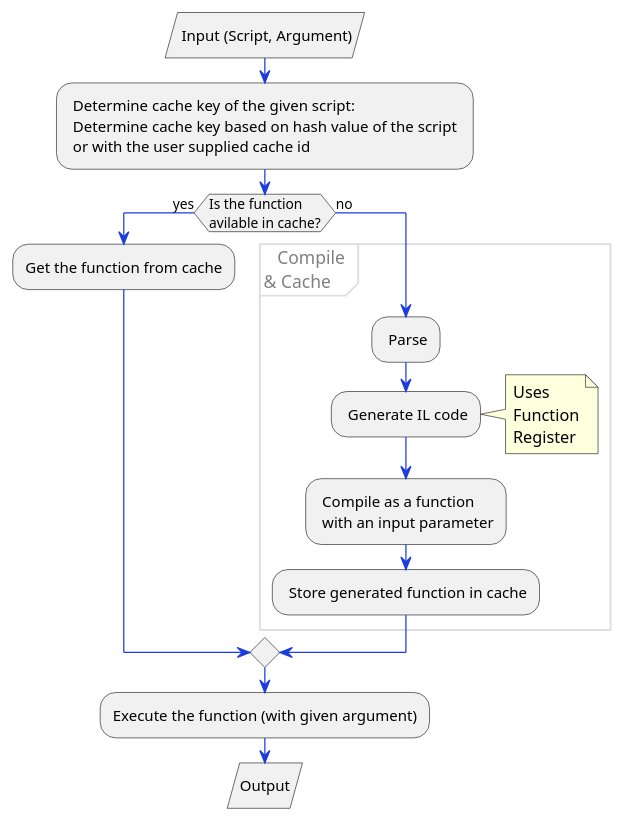
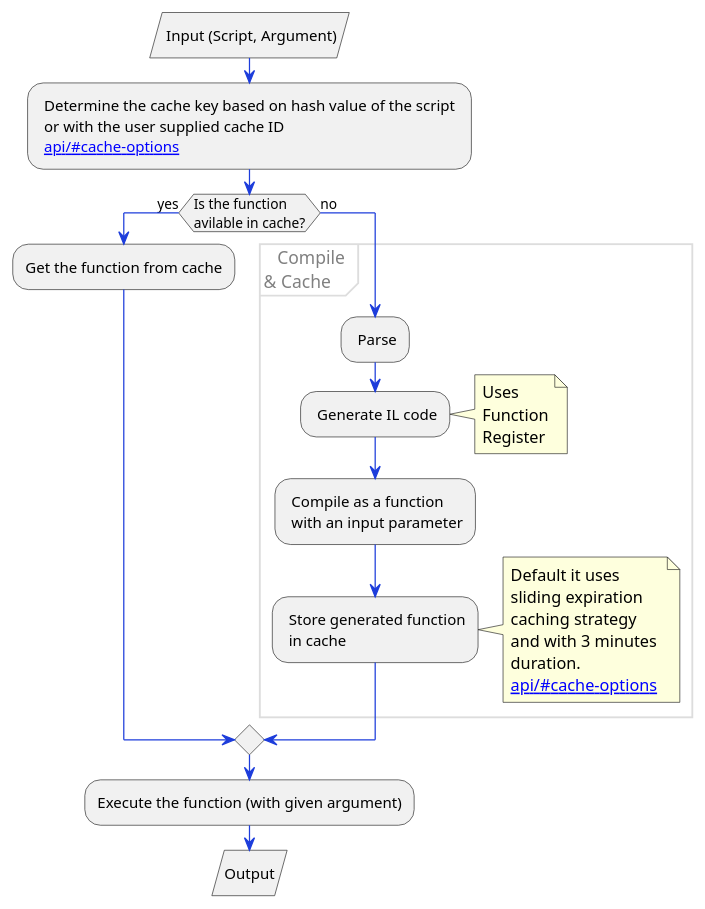
The diagram in HowSimpleflowWorks.puml (navtech-io/Simpleflow), drawn with PlantUML before and after one commit.

Commit message:
Update simpleflow diagram

```diff
--- a/HowSimpleflowWorks.puml
+++ b/HowSimpleflowWorks.puml
@@ -1,38 +1,46 @@
 @startuml HowSimpleflowWorks
 
 skinparam partition {
   BorderColor #dddddd
   BorderThickness 1
   FontColor grey
   RoundCorner 10
 }
 
 skinparam component {
   FontSize 15
   FontName Courier
   BorderColor black
   BackgroundColor white
   ArrowFontName Impact
   ArrowColor #1d3ddb
 }
 : Input (Script, Argument)/
-: Determine cache key of the given script: \n Determine cache key based on hash value of the script \n or with the user supplied cache id;
+: Determine the cache key based on hash value of the script \n or with the user supplied cache ID \n [[api/#cache-options]];
 
 if (Is the function \navilable in cache?) then (yes)
   :Get the function from cache;
 else (no)
 partition "   Compile \n& Cache" {
  : Parse;
   : Generate IL code;
   note right: Uses\nFunction\nRegister
   
   : Compile as a function\n with an input parameter;
-  : Store generated function in cache;
+  : Store generated function\n in cache;
+  note right
+    Default it uses 
+    sliding expiration 
+    caching strategy 
+    and with 3 minutes 
+    duration.
+    [[api/#cache-options]]
+  end note
 }
 endif
 
 
 :Execute the function (with given argument);
 :Output/
 
 @enduml    
```
